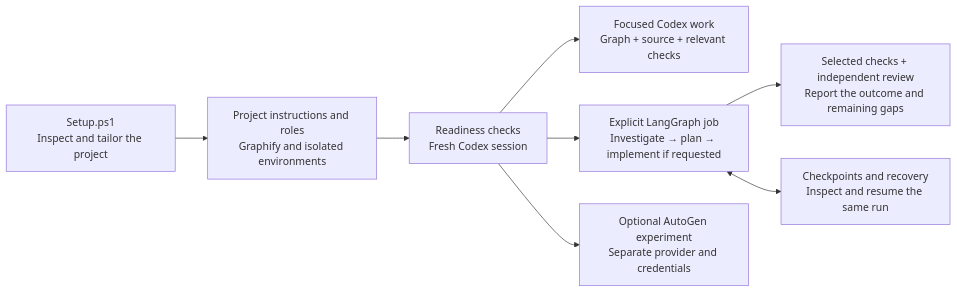
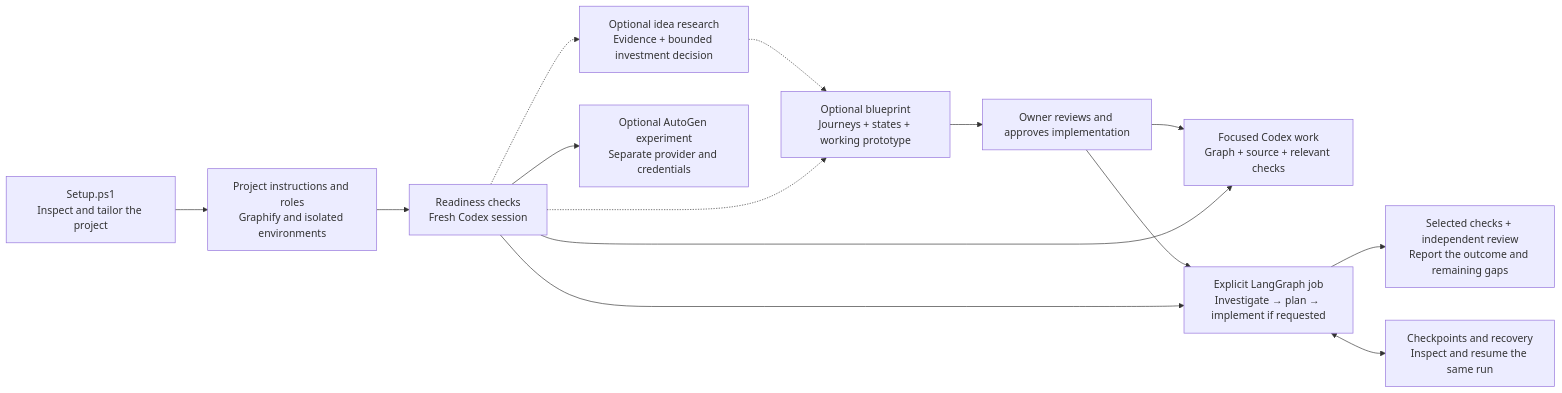
One commit to ichillous/codex-on-steroids changed the first of 2 diagrams in README.md. Above: the diagram before and after it, drawn with Mermaid. The commit also changed other lines of this file and 51 other files, not shown here.

Commit message:
feat: add optional research and blueprint modules

````diff
--- a/README.md
+++ b/README.md
@@ -84,10 +85,16 @@
 ```mermaid
 flowchart LR
     Setup["Setup.ps1<br/>Inspect and tailor the project"] --> Tools["Project instructions and roles<br/>Graphify and isolated environments"]
     Tools --> Ready["Readiness checks<br/>Fresh Codex session"]
+    Ready -.-> Research["Optional idea research<br/>Evidence + bounded investment decision"]
+    Research -.-> Blueprint["Optional blueprint<br/>Journeys + states + working prototype"]
+    Ready -.-> Blueprint
+    Blueprint --> Approval["Owner reviews and approves implementation"]
+    Approval --> Focused
+    Approval --> Team
     Ready --> Focused["Focused Codex work<br/>Graph + source + relevant checks"]
     Ready --> Team["Explicit LangGraph job<br/>Investigate → plan → implement if requested"]
     Team --> Review["Selected checks + independent review<br/>Report the outcome and remaining gaps"]
     Team <--> State["Checkpoints and recovery<br/>Inspect and resume the same run"]
     Ready --> Lab["Optional AutoGen experiment<br/>Separate provider and credentials"]
 ```
````
